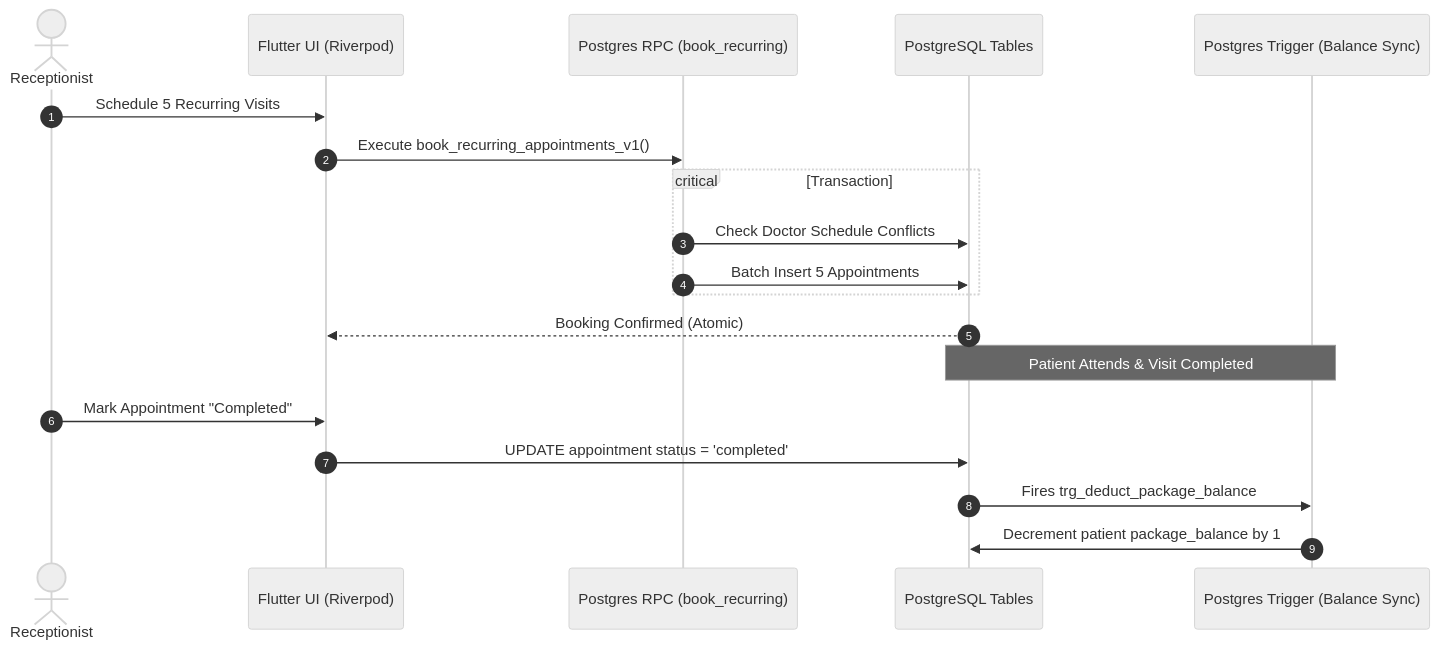
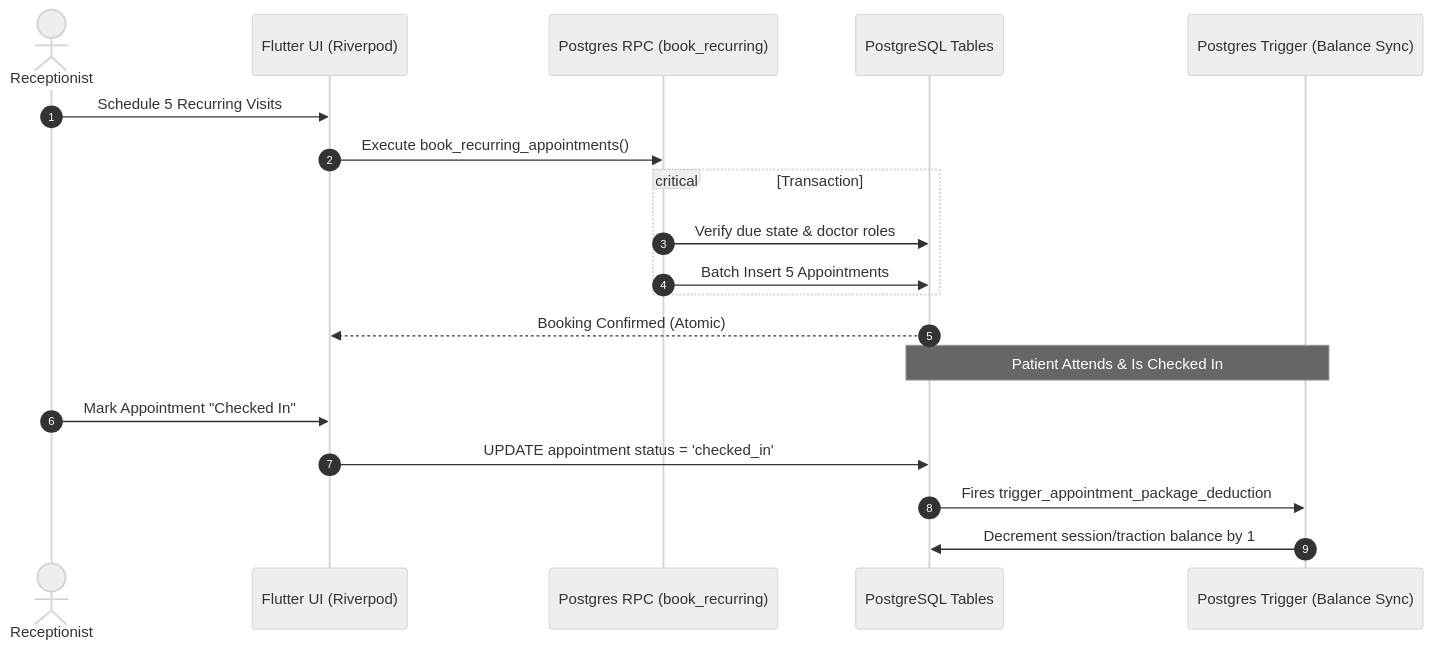
One commit to saagy/theSpineClinic changed the diagram in README.md. Above: the diagram before and after it, drawn with Mermaid (neutral theme). The commit also changed other lines of this file and 20 other files, not shown here.

````diff
--- a/README.md
+++ b/README.md
@@ -147,22 +152,22 @@
 ```mermaid
 sequenceDiagram
     autonumber
     actor Receptionist
     participant FlutterApp as Flutter UI (Riverpod)
     participant RPC as Postgres RPC (book_recurring)
     participant DB as PostgreSQL Tables
     participant Trigger as Postgres Trigger (Balance Sync)
 
     Receptionist->>FlutterApp: Schedule 5 Recurring Visits
-    FlutterApp->>RPC: Execute book_recurring_appointments_v1()
+    FlutterApp->>RPC: Execute book_recurring_appointments()
     critical Transaction
-        RPC->>DB: Check Doctor Schedule Conflicts
+        RPC->>DB: Verify due state & doctor roles
         RPC->>DB: Batch Insert 5 Appointments
     end
     DB-->>FlutterApp: Booking Confirmed (Atomic)
-    Note over DB,Trigger: Patient Attends & Visit Completed
-    Receptionist->>FlutterApp: Mark Appointment "Completed"
-    FlutterApp->>DB: UPDATE appointment status = 'completed'
-    DB->>Trigger: Fires trg_deduct_package_balance
-    Trigger->>DB: Decrement patient package_balance by 1
+    Note over DB,Trigger: Patient Attends & Is Checked In
+    Receptionist->>FlutterApp: Mark Appointment "Checked In"
+    FlutterApp->>DB: UPDATE appointment status = 'checked_in'
+    DB->>Trigger: Fires trigger_appointment_package_deduction
+    Trigger->>DB: Decrement session/traction balance by 1
 ```
````
